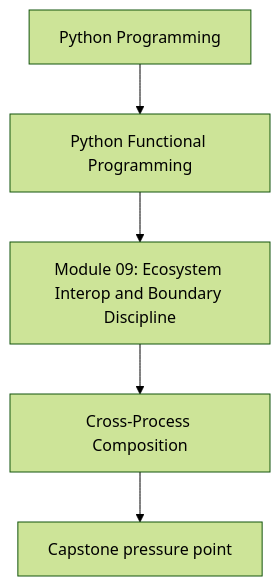
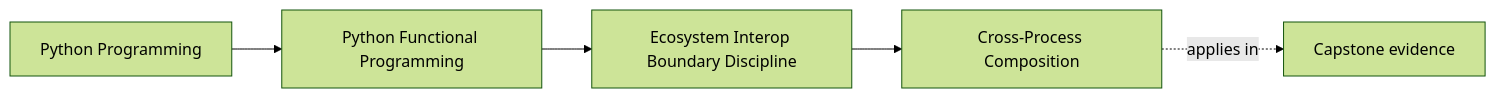
One commit to bijux/bijux-masterclass changed the first of 2 diagrams in programs/python-programming/python-functional-programming/course-book/module-09-ecosystem-interop-boundary-discipline/cross-process-composition.md. Above: the diagram before and after it, drawn with Mermaid (forest theme). The commit also changed other lines of this file and 108 other files, not shown here.

Commit message:
docs(python-functional-programming): map capstone and advanced design surfaces

````diff
--- a/programs/python-programming/python-functional-programming/course-book/module-09-ecosystem-interop-boundary-discipline/cross-process-composition.md
+++ b/programs/python-programming/python-functional-programming/course-book/module-09-ecosystem-interop-boundary-discipline/cross-process-composition.md
@@ -6,7 +6,11 @@
 ```mermaid
-flowchart TD
-  family["Python Programming"] --> program["Python Functional Programming"]
-  program --> module["Module 09: Ecosystem Interop and Boundary Discipline"]
-  module --> concept["Cross-Process Composition"]
-  concept --> capstone["Capstone pressure point"]
+graph LR
+  family["Python Programming"]
+  program["Python Functional Programming"]
+  section["Ecosystem Interop Boundary Discipline"]
+  page["Cross-Process Composition"]
+  capstone["Capstone evidence"]
+
+  family --> program --> section --> page
+  page -.applies in.-> capstone
 ```
````
